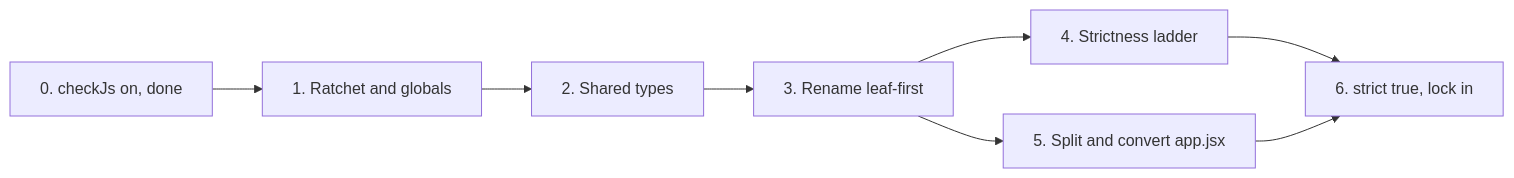
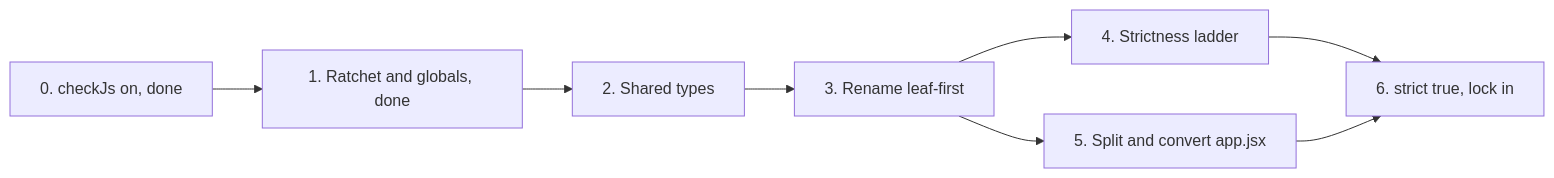
The diagram in docs/plans/typescript-migration.md (tsyche/profitpath), drawn with Mermaid before and after one commit. The commit also changed other lines of this file and 10 other files, not shown here.

````diff
--- a/docs/plans/typescript-migration.md
+++ b/docs/plans/typescript-migration.md
@@ -28,10 +28,10 @@
 ```mermaid
 flowchart LR
-  P0[0. checkJs on, done] --> P1[1. Ratchet and globals]
+  P0[0. checkJs on, done] --> P1[1. Ratchet and globals, done]
   P1 --> P2[2. Shared types]
   P2 --> P3[3. Rename leaf-first]
   P3 --> P4[4. Strictness ladder]
   P3 --> P5[5. Split and convert app.jsx]
   P4 --> P6[6. strict true, lock in]
   P5 --> P6
 ```
````
